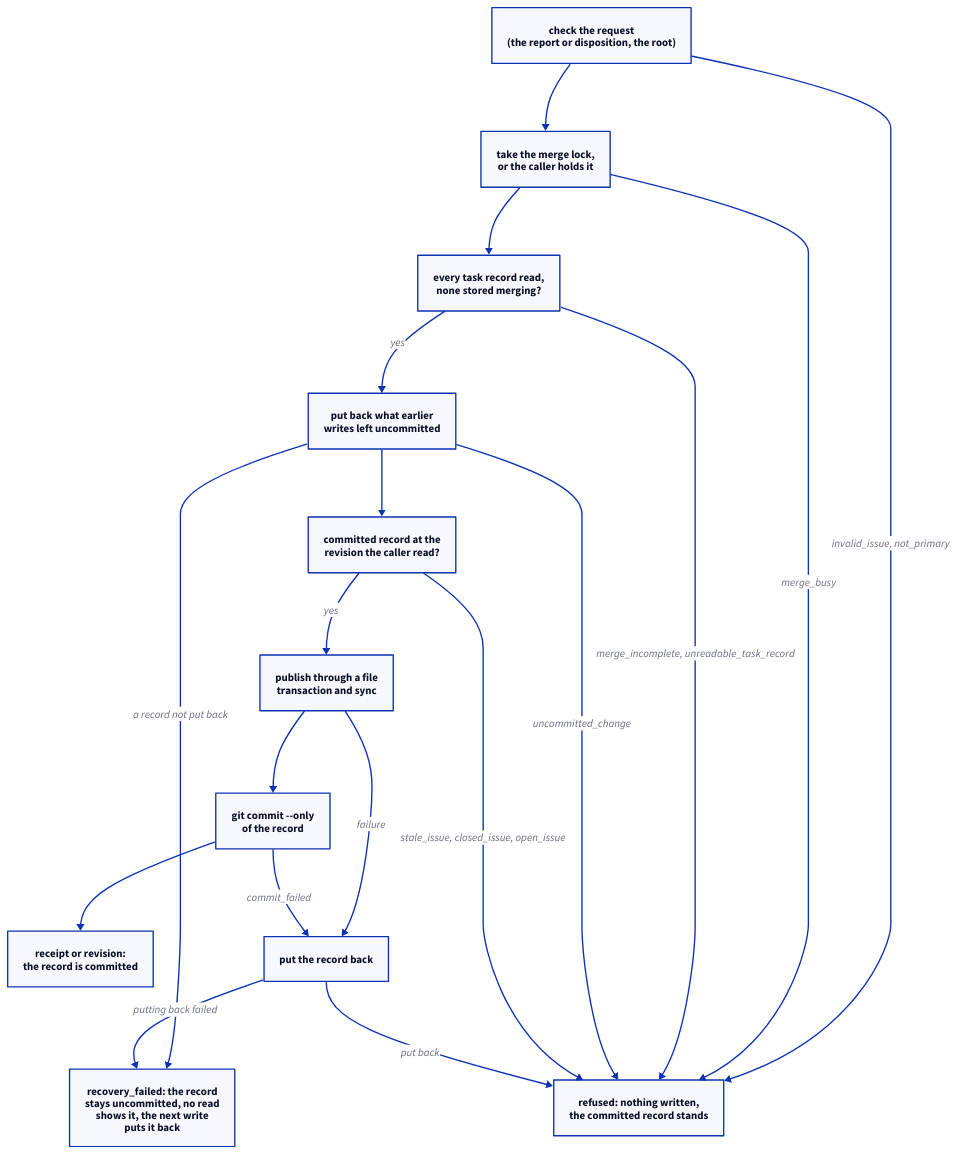
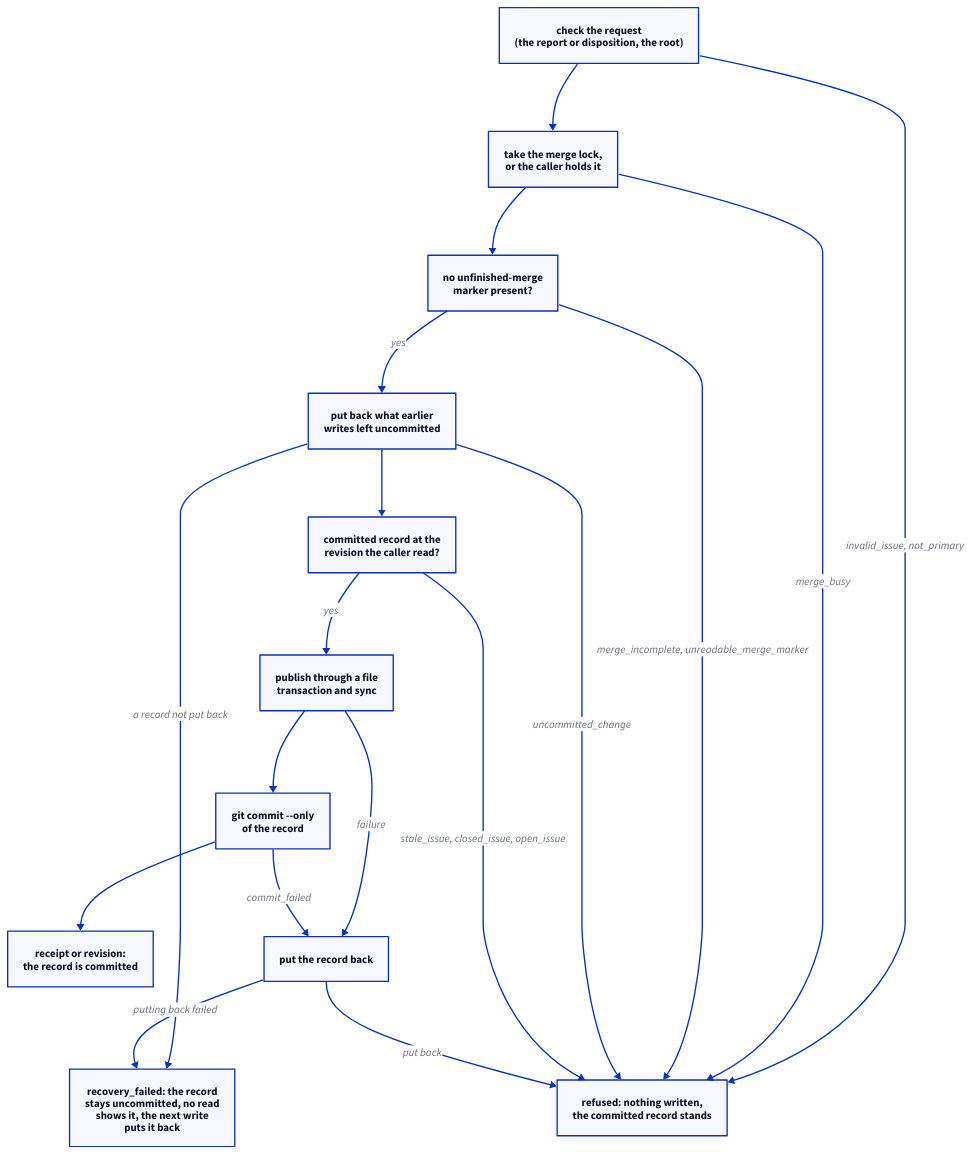
The sixth of 6 diagrams in specs/concorde/issues/module.md (FTOD/concorde), drawn with D2 before and after one commit. The commit also changed other lines of this file and 34 other files, not shown here.

First line of the commit message:
Kernel unfinished-merge marker: Tasks writes it, Issues and project_review refuse on it

````diff
--- a/specs/concorde/issues/module.md
+++ b/specs/concorde/issues/module.md
@@ -850,31 +834,31 @@
 ```d2 illustrative
 direction: down
 check: "check the request\n(the report or disposition, the root)"
 lock: "take the merge lock,\nor the caller holds it"
-merge: "every task record read,\nnone stored merging?"
+merge: "no unfinished-merge\nmarker present?"
 recover: "put back what earlier\nwrites left uncommitted"
 revision: "committed record at the\nrevision the caller read?"
 publish: "publish through a file\ntransaction and sync"
 commit: "git commit --only\nof the record"
 done: "receipt or revision:\nthe record is committed"
 putback: "put the record back"
 refused: "refused: nothing written,\nthe committed record stands"
 failed: "recovery_failed: the record\nstays uncommitted, no read\nshows it, the next write\nputs it back"
 check -> lock
 lock -> merge
 merge -> recover: yes
 recover -> revision
 revision -> publish: yes
 publish -> commit
 commit -> done
 check -> refused: invalid_issue, not_primary
 lock -> refused: merge_busy
-merge -> refused: merge_incomplete, unreadable_task_record
+merge -> refused: merge_incomplete, unreadable_merge_marker
 recover -> refused: uncommitted_change
 recover -> failed: a record not put back
 revision -> refused: stale_issue, closed_issue, open_issue
 publish -> putback: failure
 commit -> putback: commit_failed
 putback -> refused: put back
 putback -> failed: putting back failed
 ```
````
